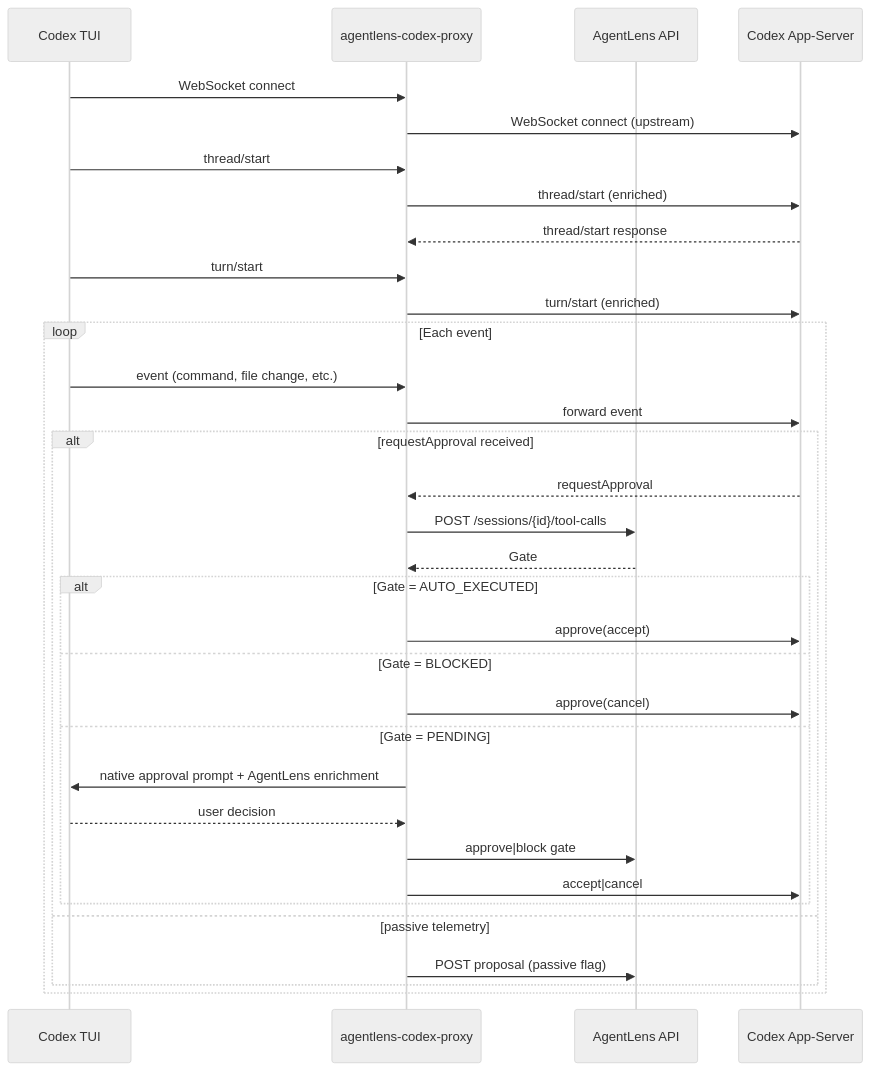
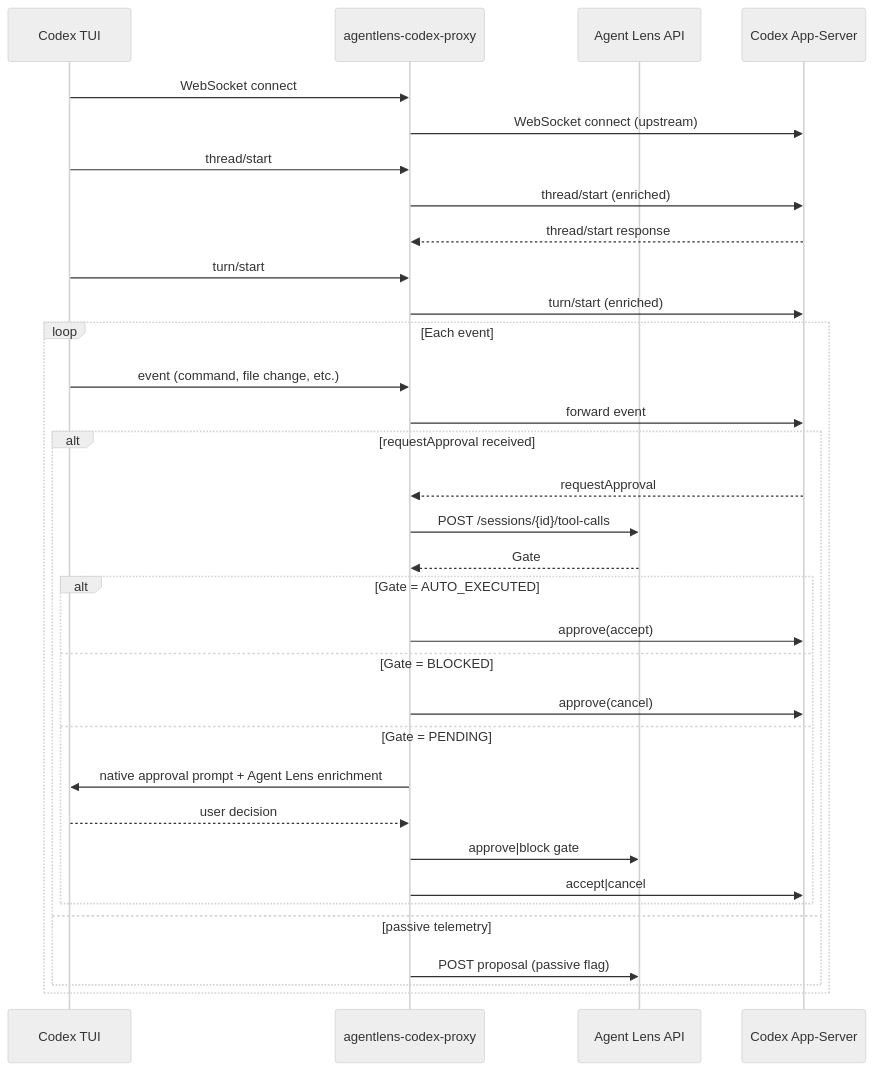
Before and after one commit to Aaryan126/Agent_Lens: diagram 11 of 13 in Architecture.md, drawn with Mermaid (neutral theme). The commit also changed other lines of this file and 10 other files, not shown here.

````diff
--- a/Architecture.md
+++ b/Architecture.md
@@ -545,39 +545,39 @@
 ```mermaid
 sequenceDiagram
     participant TUI as Codex TUI
     participant Proxy as agentlens-codex-proxy
-    participant API as AgentLens API
+    participant API as Agent Lens API
     participant AS as Codex App-Server
 
     TUI->>Proxy: WebSocket connect
     Proxy->>AS: WebSocket connect (upstream)
 
     TUI->>Proxy: thread/start
     Proxy->>AS: thread/start (enriched)
     AS-->>Proxy: thread/start response
 
     TUI->>Proxy: turn/start
     Proxy->>AS: turn/start (enriched)
 
     loop Each event
         TUI->>Proxy: event (command, file change, etc.)
         Proxy->>AS: forward event
         alt requestApproval received
             AS-->>Proxy: requestApproval
             Proxy->>API: POST /sessions/{id}/tool-calls
             API-->>Proxy: Gate
             alt Gate = AUTO_EXECUTED
                 Proxy->>AS: approve(accept)
             else Gate = BLOCKED
                 Proxy->>AS: approve(cancel)
             else Gate = PENDING
-                Proxy->>TUI: native approval prompt + AgentLens enrichment
+                Proxy->>TUI: native approval prompt + Agent Lens enrichment
                 TUI-->>Proxy: user decision
                 Proxy->>API: approve|block gate
                 Proxy->>AS: accept|cancel
             end
         else passive telemetry
             Proxy->>API: POST proposal (passive flag)
         end
     end
 ```
````
